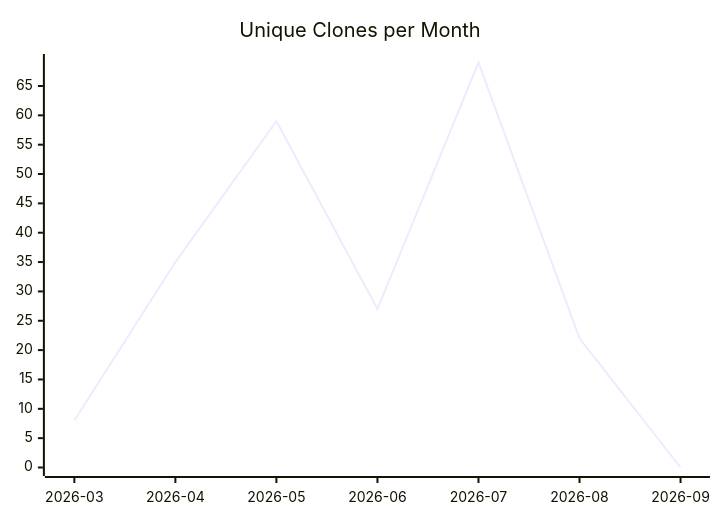
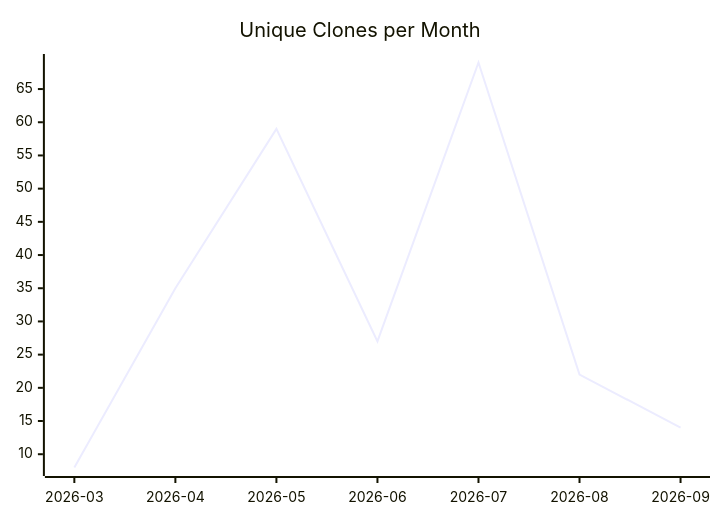
One commit to justdavis-family/github-analytics-data changed the third of 3 diagrams in karlmdavis/fhir-benchmarks/README.md. Above: the diagram before and after it, drawn with Mermaid. The commit also changed other lines of this file and 191 other files, not shown here.

````diff
--- a/karlmdavis/fhir-benchmarks/README.md
+++ b/karlmdavis/fhir-benchmarks/README.md
@@ -19,6 +19,6 @@
 ```mermaid
 xychart-beta
   title "Unique Clones per Month"
   x-axis ["2026-03", "2026-04", "2026-05", "2026-06", "2026-07", "2026-08", "2026-09"]
-  line [8, 35, 59, 27, 69, 22, 0]
+  line [8, 35, 59, 27, 69, 22, 14]
 ```
````
